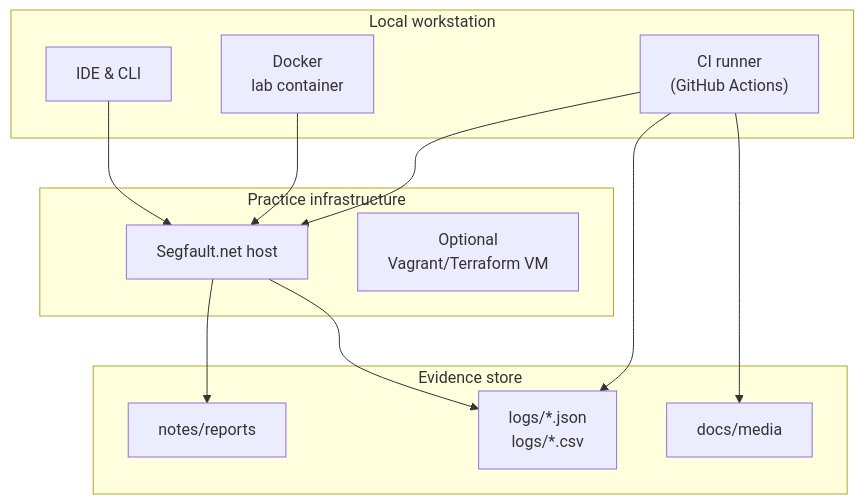
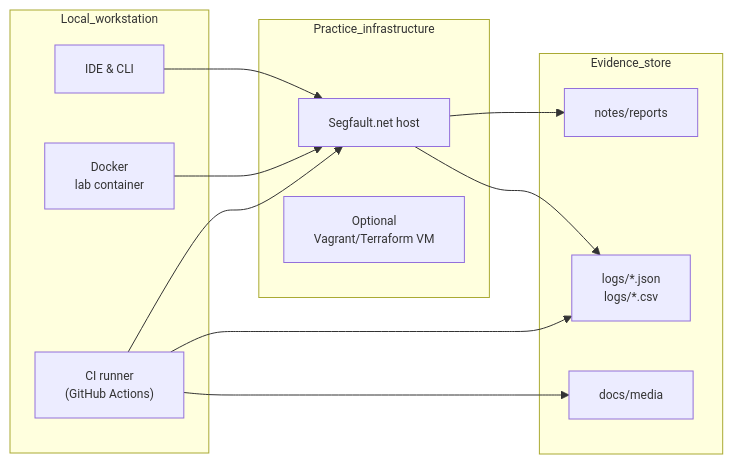
Before and after one commit to Prashant-b97/remote-linux-lab: the second of 2 diagrams in README.md, drawn with Mermaid. The commit also changed other lines of this file, not shown here.

````diff
--- a/README.md
+++ b/README.md
@@ -32,25 +34,28 @@
 ```mermaid
-graph TD
-  subgraph "Local workstation"
+%%{init: {'flowchart': {'htmlLabels': true, 'curve': 'basis'}, 'themeVariables': { 'fontSize': '12px' }}}%%
+flowchart LR
+  subgraph Local_workstation
     editor["IDE & CLI"]
     container["Docker<br/>lab container"]
     automation["CI runner<br/>(GitHub Actions)"]
   end
-  subgraph "Practice infrastructure"
+
+  subgraph Practice_infrastructure
     segfault["Segfault.net host"]
     vagrant["Optional<br/>Vagrant/Terraform VM"]
   end
-  subgraph "Evidence store"
+
+  subgraph Evidence_store
     notes_repo["notes/reports"]
     metrics_repo["logs/*.json<br/>logs/*.csv"]
     media_repo["docs/media"]
   end
 
   editor --> segfault
   container --> segfault
   automation --> segfault
   segfault --> notes_repo
   segfault --> metrics_repo
   automation --> metrics_repo
   automation --> media_repo
 ```
````
